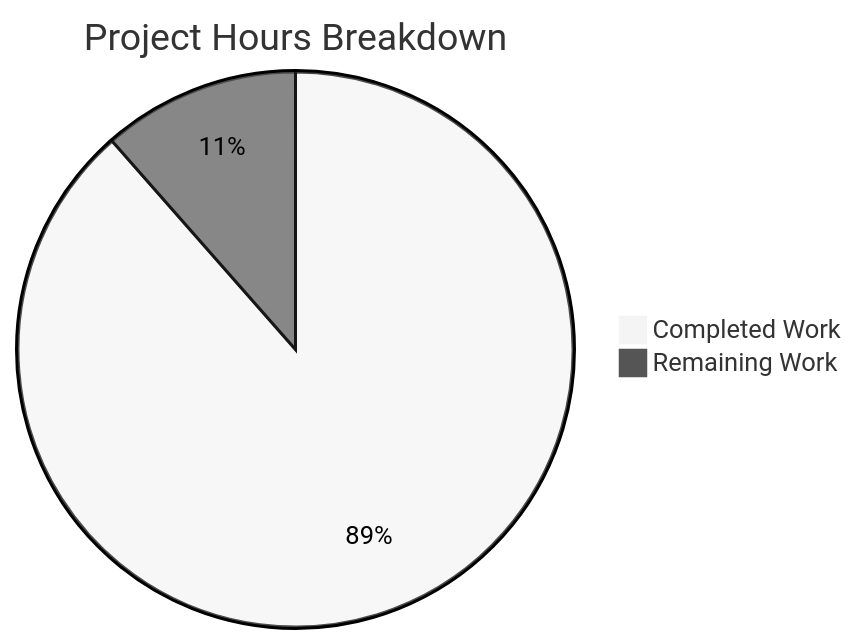
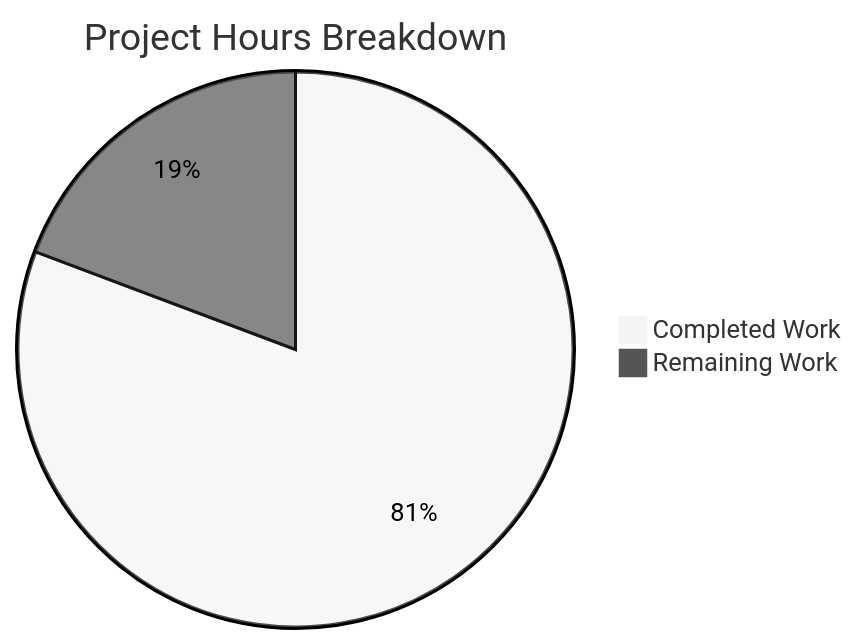
Before and after one commit to shaliniblitzy/6thaprilone: the second of 2 diagrams in blitzy/documentation/Project Guide.md, drawn with Mermaid (neutral theme). The commit also changed other lines of this file, not shown here.

Commit message:
Adding Blitzy Project Guide: Project Status and Human Tasks Remaining

````diff
--- a/blitzy/documentation/Project Guide.md
+++ b/blitzy/documentation/Project Guide.md
@@ -183,5 +195,5 @@
 ```mermaid
 pie title Project Hours Breakdown
-    "Completed Work" : 92.5
-    "Remaining Work" : 12
+    "Completed Work" : 67
+    "Remaining Work" : 16
 ```
````
